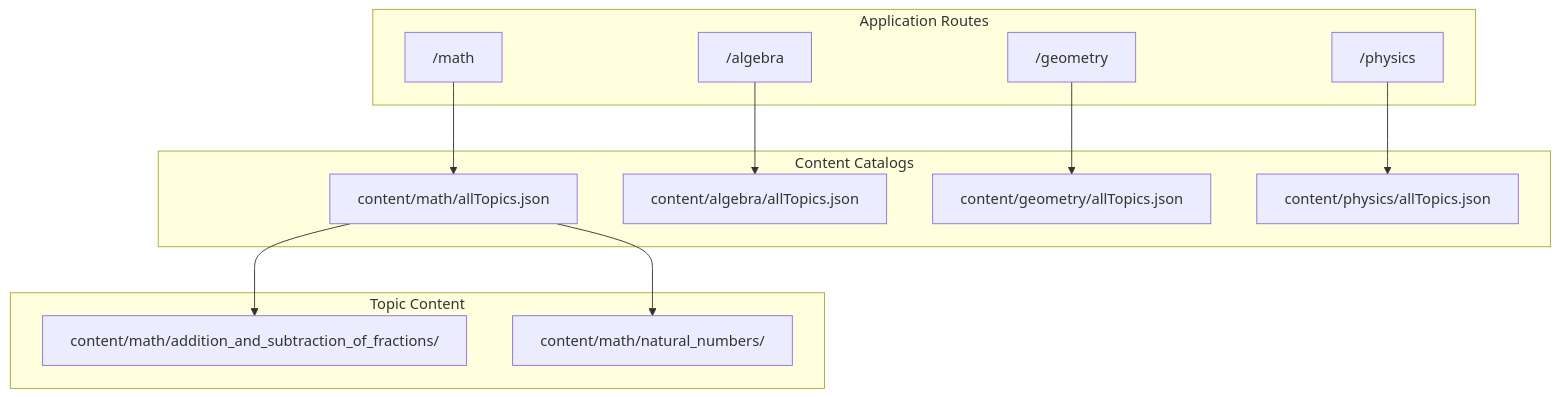
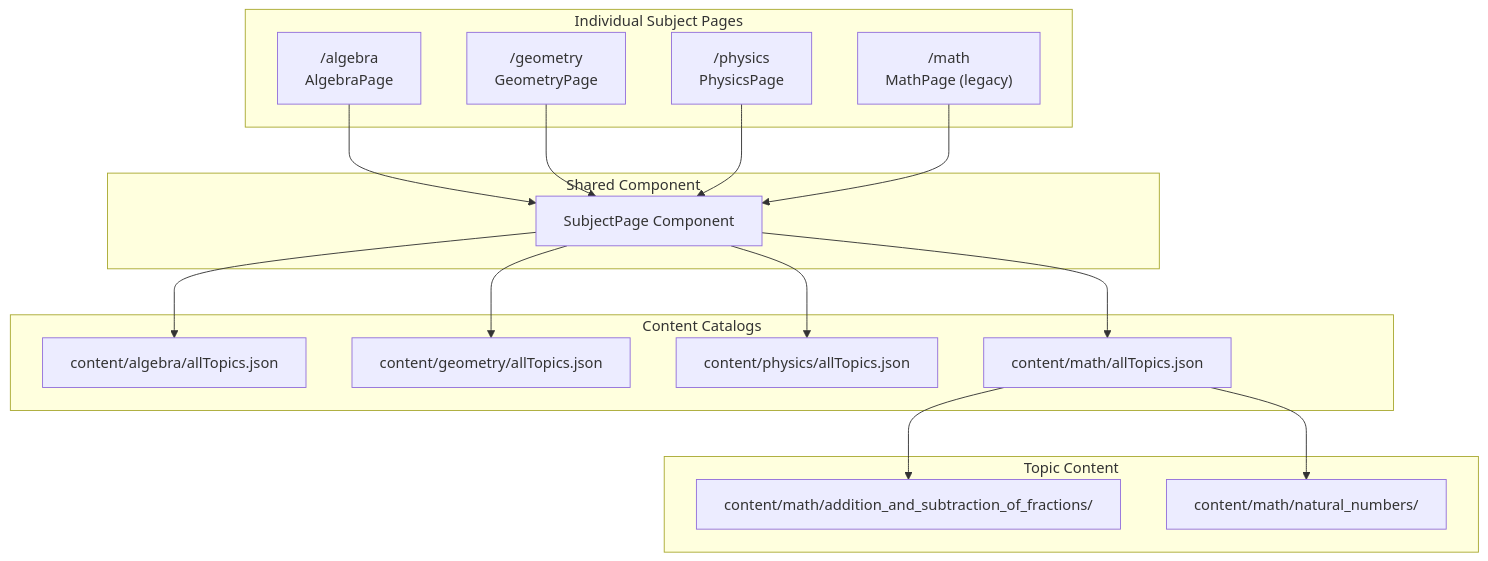
The first of 3 diagrams in .qoder/repowiki/en/content/Core Features/Content Management System/Subject Organization & Structure.md (AlexKutz/math-app-next-js), drawn with Mermaid before and after one commit. The commit also changed other lines of this file and 9 other files, not shown here.

````diff
--- a/.qoder/repowiki/en/content/Core Features/Content Management System/Subject Organization & Structure.md
+++ b/.qoder/repowiki/en/content/Core Features/Content Management System/Subject Organization & Structure.md
@@ -46,25 +54,32 @@
 ```mermaid
 graph TB
-subgraph "Application Routes"
-M["/math"]
-A["/algebra"]
-G["/geometry"]
-P["/physics"]
+subgraph "Individual Subject Pages"
+A["/algebra<br/>AlgebraPage"]
+G["/geometry<br/>GeometryPage"]
+P["/physics<br/>PhysicsPage"]
+M["/math<br/>MathPage (legacy)"]
+end
+subgraph "Shared Component"
+SP["SubjectPage Component"]
 end
 subgraph "Content Catalogs"
-CAT_M["content/math/allTopics.json"]
 CAT_A["content/algebra/allTopics.json"]
 CAT_G["content/geometry/allTopics.json"]
 CAT_P["content/physics/allTopics.json"]
+CAT_M["content/math/allTopics.json"]
 end
 subgraph "Topic Content"
 TOP_FRACTIONS["content/math/addition_and_subtraction_of_fractions/"]
 TOP_NATNUM["content/math/natural_numbers/"]
 end
-M --> CAT_M
-A --> CAT_A
-G --> CAT_G
-P --> CAT_P
+A --> SP
+G --> SP
+P --> SP
+M --> SP
+SP --> CAT_A
+SP --> CAT_G
+SP --> CAT_P
+SP --> CAT_M
 CAT_M --> TOP_FRACTIONS
 CAT_M --> TOP_NATNUM
 ```
````
